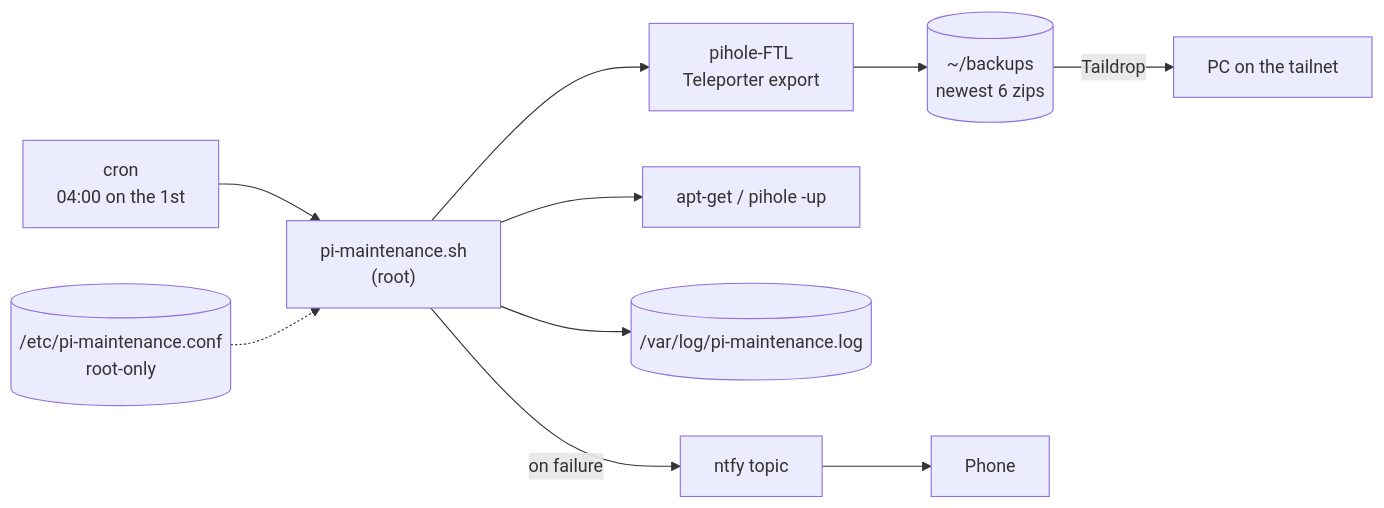
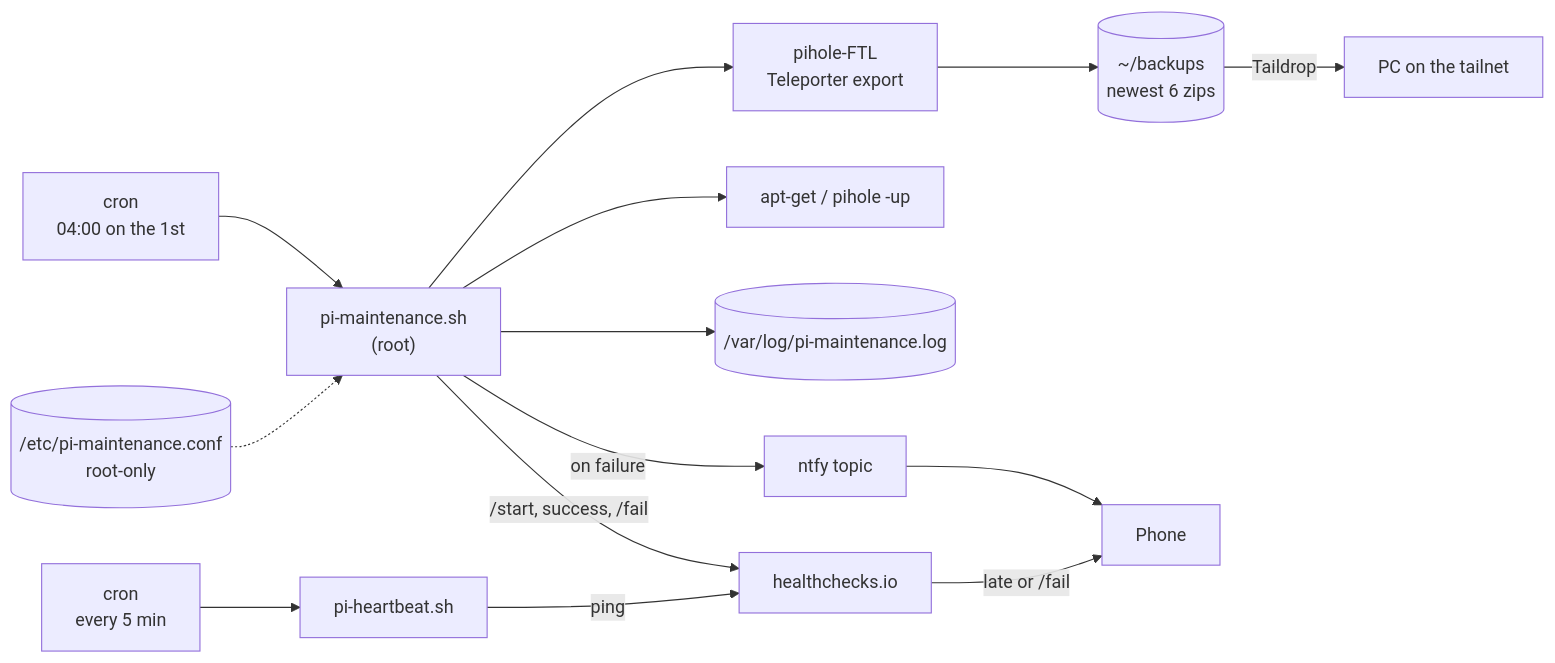
Before and after one commit to mohamed-elrasheed/pi-maintenance: the diagram in README.md, drawn with Mermaid. The commit also changed other lines of this file and 7 other files, not shown here.

````diff
--- a/README.md
+++ b/README.md
@@ -32,11 +34,14 @@
 ```mermaid
 flowchart LR
     cron["cron<br/>04:00 on the 1st"] --> script["pi-maintenance.sh<br/>(root)"]
     conf[("/etc/pi-maintenance.conf<br/>root-only")] -.-> script
     script --> ftl["pihole-FTL<br/>Teleporter export"]
     ftl --> bk[("~/backups<br/>newest 6 zips")]
     bk -- Taildrop --> pc["PC on the tailnet"]
     script --> apt["apt-get / pihole -up"]
     script --> log[("/var/log/pi-maintenance.log")]
     script -- "on failure" --> ntfy["ntfy topic"] --> phone["Phone"]
+    script -- "/start, success, /fail" --> hc["healthchecks.io"]
+    hbcron["cron<br/>every 5 min"] --> hb["pi-heartbeat.sh"] -- ping --> hc
+    hc -- "late or /fail" --> phone
 ```
````
